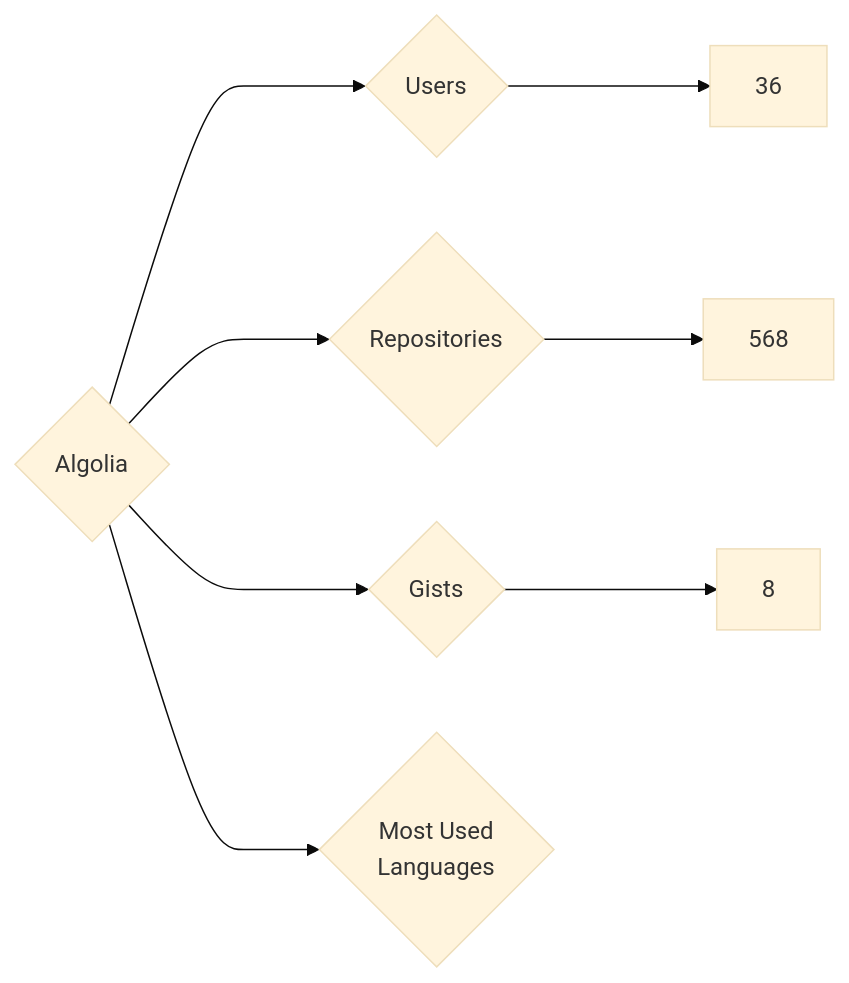
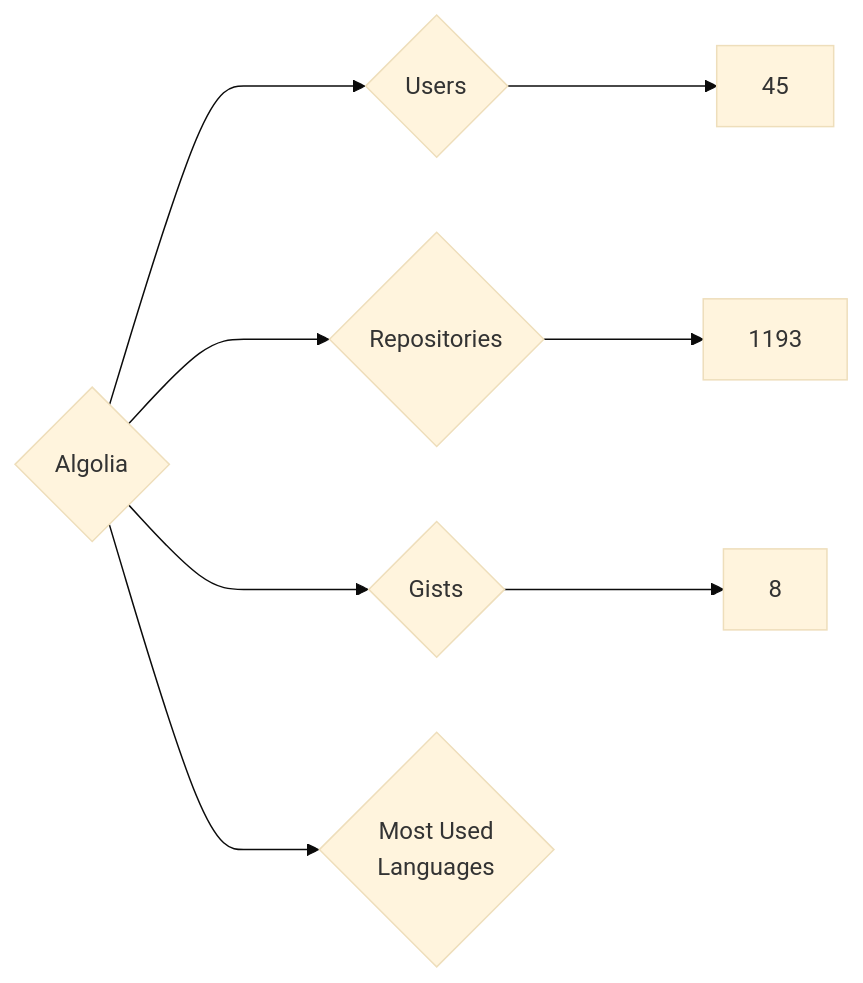
The diagram in targets/Algolia/README.md (nenadzaric/insiders), drawn with Mermaid (base theme) before and after one commit. The commit also changed 24 other files, not shown here.

````diff
--- a/targets/Algolia/README.md
+++ b/targets/Algolia/README.md
@@ -3,8 +3,8 @@
 ```mermaid
 graph LR
 COMPANY_NAME{Algolia}
-COMPANY_NAME ---> U{Users} ---> UN[36]
-COMPANY_NAME ---> R{Repositories} ---> RN[568]
+COMPANY_NAME ---> U{Users} ---> UN[45]
+COMPANY_NAME ---> R{Repositories} ---> RN[1193]
 COMPANY_NAME ---> G{Gists} ---> GN[8]
 COMPANY_NAME ---> ML{Most Used<br>Languages}
 ```
````
